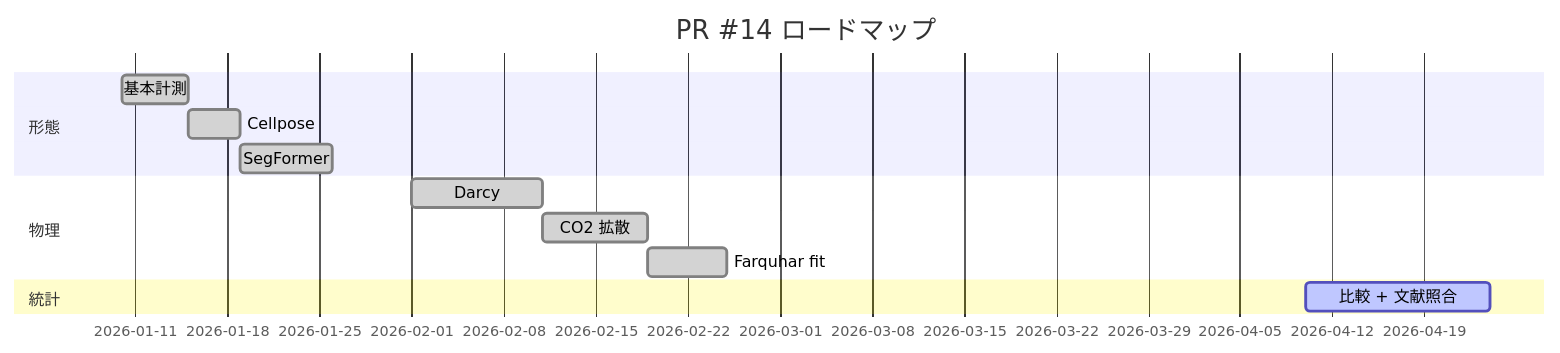
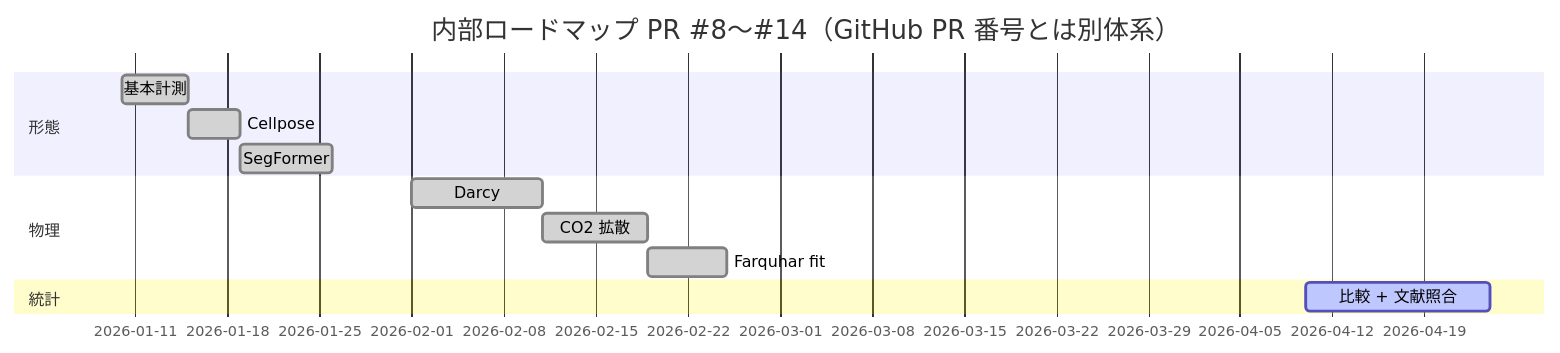
One commit to koyonx/tools_for_plants_research changed the sixth of 9 diagrams in frontend/content/docs/reference/markdown-cheatsheet.md. Above: the diagram before and after it, drawn with Mermaid. The commit also changed other lines of this file and 9 other files, not shown here.

````diff
--- a/frontend/content/docs/reference/markdown-cheatsheet.md
+++ b/frontend/content/docs/reference/markdown-cheatsheet.md
@@ -212,15 +212,15 @@
 ```mermaid
 gantt
-    title PR #14 ロードマップ
+    title 内部ロードマップ PR #8〜#14（GitHub PR 番号とは別体系）
     dateFormat YYYY-MM-DD
     section 形態
     基本計測         :done, a1, 2026-01-10, 5d
     Cellpose         :done, a2, after a1, 4d
     SegFormer        :done, a3, after a2, 7d
     section 物理
     Darcy            :done, b1, 2026-02-01, 10d
     CO2 拡散         :done, b2, after b1, 8d
     Farquhar fit     :done, b3, after b2, 6d
     section 統計
     比較 + 文献照合  :active, c1, 2026-04-10, 14d
 ```
````
